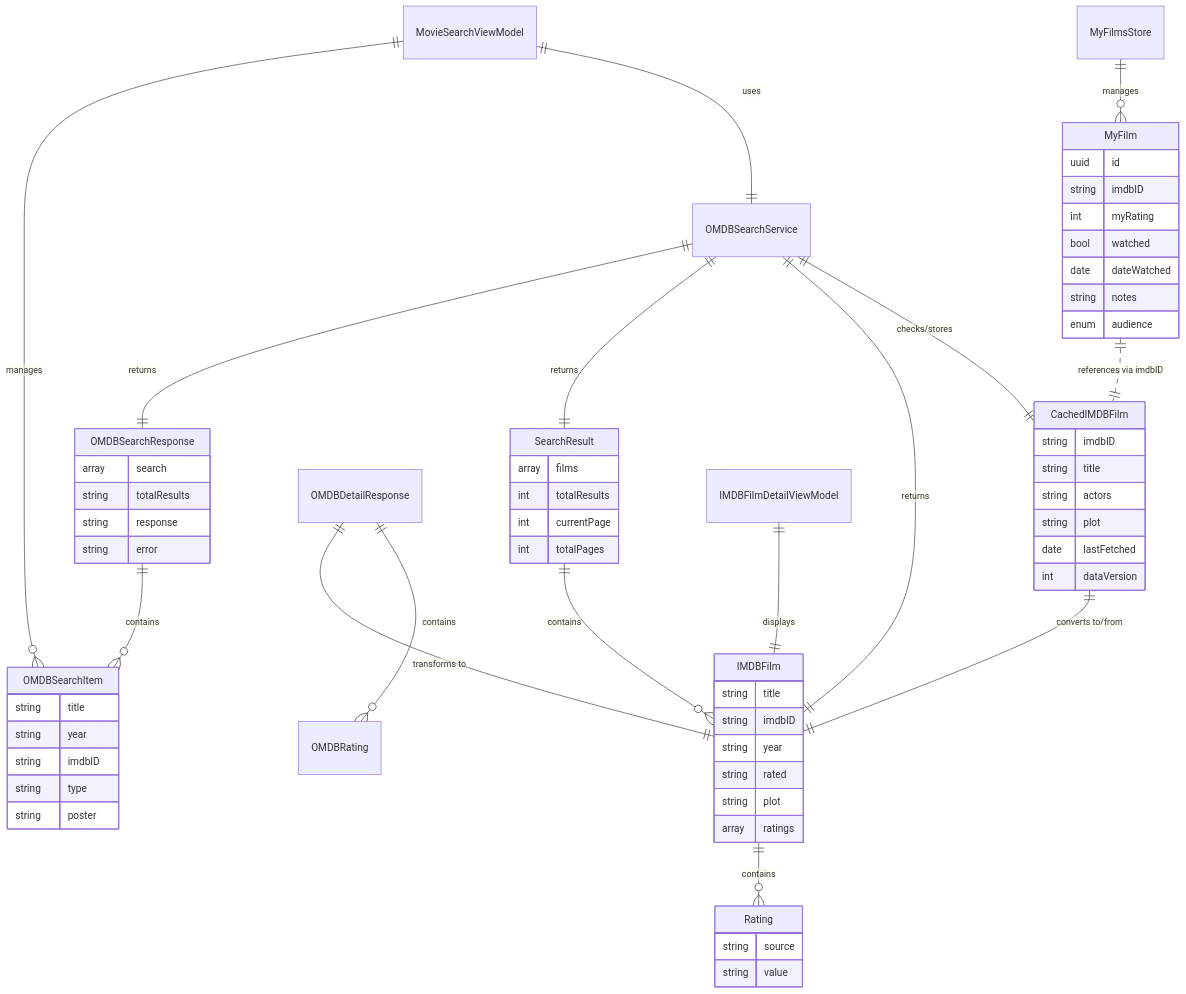
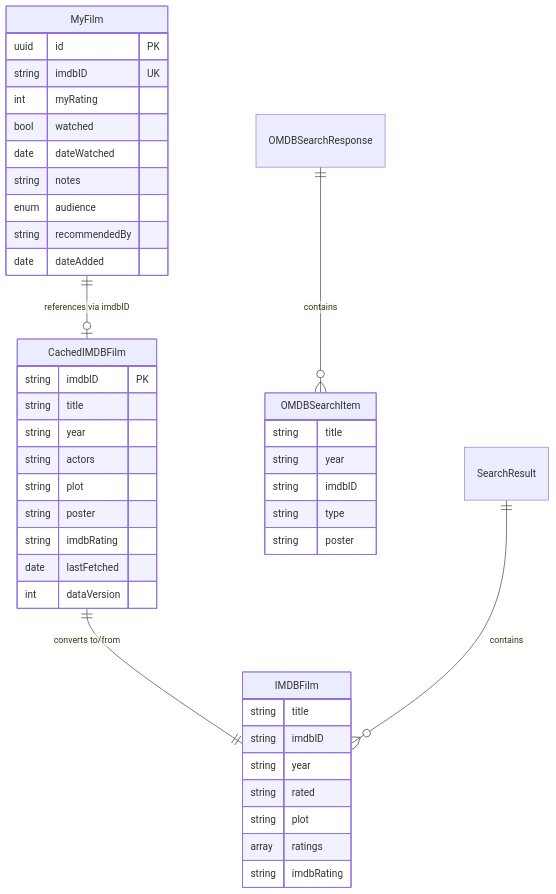
The fourth of 10 diagrams in docs/ARCHITECTURE.md (tillg/filmz2), drawn with Mermaid before and after one commit. The commit also changed other lines of this file and 2 other files, not shown here.

````diff
--- a/docs/ARCHITECTURE.md
+++ b/docs/ARCHITECTURE.md
@@ -186,76 +156,49 @@
 ```mermaid
 erDiagram
-    OMDBSearchResponse ||--o{ OMDBSearchItem : contains
-    OMDBSearchResponse {
-        array search
-        string totalResults
-        string response
-        string error
+    MyFilm ||--o| CachedIMDBFilm : "references via imdbID"
+    MyFilm {
+        uuid id PK
+        string imdbID UK
+        int myRating
+        bool watched
+        date dateWatched
+        string notes
+        enum audience
+        string recommendedBy
+        date dateAdded
+    }
+
+    CachedIMDBFilm {
+        string imdbID PK
+        string title
+        string year
+        string actors
+        string plot
+        string poster
+        string imdbRating
+        date lastFetched
+        int dataVersion
+    }
+
+    CachedIMDBFilm ||--|| IMDBFilm : "converts to/from"
+    IMDBFilm {
+        string title
+        string imdbID
+        string year
+        string rated
+        string plot
+        array ratings
+        string imdbRating
     }
 
     OMDBSearchItem {
         string title
         string year
         string imdbID
         string type
         string poster
     }
 
     SearchResult ||--o{ IMDBFilm : contains
-    SearchResult {
-        array films
-        int totalResults
-        int currentPage
-        int totalPages
-    }
-
-    OMDBDetailResponse ||--|| IMDBFilm : "transforms to"
-    OMDBDetailResponse ||--o{ OMDBRating : contains
-
-    IMDBFilm ||--o{ Rating : contains
-    IMDBFilm {
-        string title
-        string imdbID
-        string year
-        string rated
-        string plot
-        array ratings
-    }
-
-    Rating {
-        string source
-        string value
-    }
-
-    CachedIMDBFilm ||--|| IMDBFilm : "converts to/from"
-    CachedIMDBFilm {
-        string imdbID
-        string title
-        string actors
-        string plot
-        date lastFetched
-        int dataVersion
-    }
-
-    MyFilm ||..|| CachedIMDBFilm : "references via imdbID"
-    MyFilm {
-        uuid id
-        string imdbID
-        int myRating
-        bool watched
-        date dateWatched
-        string notes
-        enum audience
-    }
-
-    OMDBSearchService ||--|| OMDBSearchResponse : returns
-    OMDBSearchService ||--|| SearchResult : returns
-    OMDBSearchService ||--|| IMDBFilm : returns
-    OMDBSearchService ||--|| CachedIMDBFilm : "checks/stores"
-
-    MovieSearchViewModel ||--o{ OMDBSearchItem : manages
-    MovieSearchViewModel ||--|| OMDBSearchService : uses
-
-    IMDBFilmDetailViewModel ||--|| IMDBFilm : displays
-    MyFilmsStore ||--o{ MyFilm : manages
+    OMDBSearchResponse ||--o{ OMDBSearchItem : contains
 ```
````
